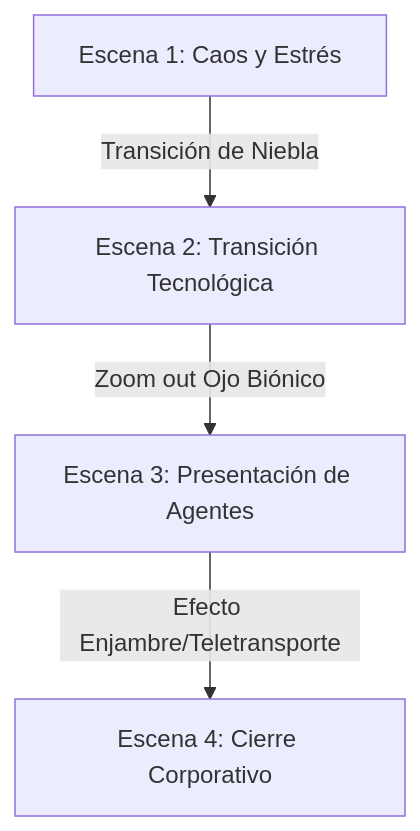
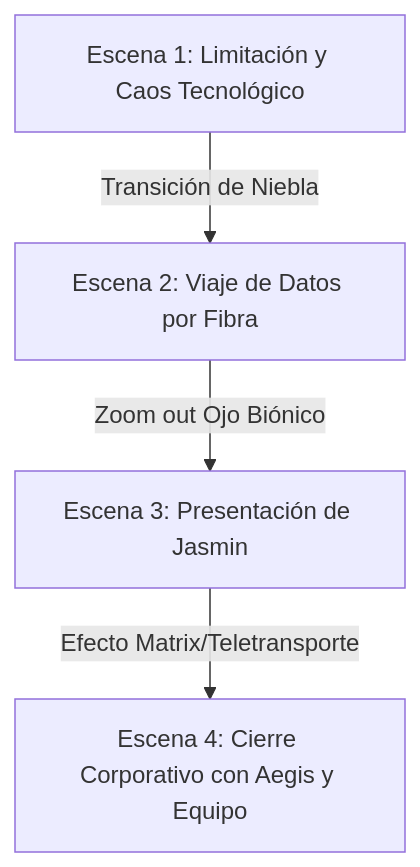
One commit to Blindeeerzz/Open_Gravity changed the diagram in video_production_guide.md. Above: the diagram before and after it, drawn with Mermaid. The commit also changed other lines of this file, not shown here.

````diff
--- a/video_production_guide.md
+++ b/video_production_guide.md
@@ -13,6 +24,6 @@
 ```mermaid
 graph TD
-    A[Escena 1: Caos y Estrés] -->|Transición de Niebla| B[Escena 2: Transición Tecnológica]
-    B -->|Zoom out Ojo Biónico| C[Escena 3: Presentación de Agentes]
-    C -->|Efecto Enjambre/Teletransporte| D[Escena 4: Cierre Corporativo]
+    A[Escena 1: Limitación y Caos Tecnológico] -->|Transición de Niebla| B[Escena 2: Viaje de Datos por Fibra]
+    B -->|Zoom out Ojo Biónico| C[Escena 3: Presentación de Jasmin]
+    C -->|Efecto Matrix/Teletransporte| D[Escena 4: Cierre Corporativo con Aegis y Equipo]
 ```
````
